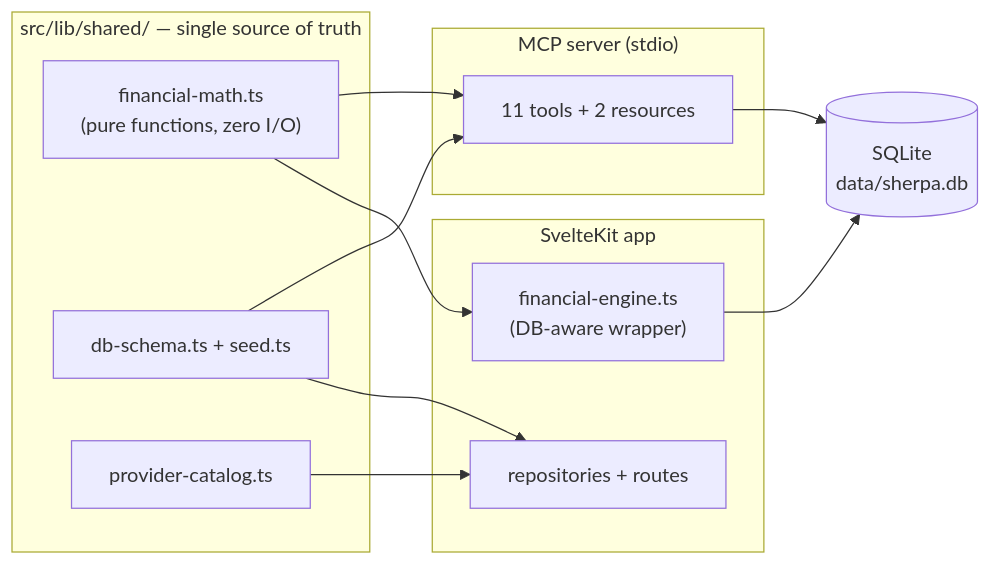
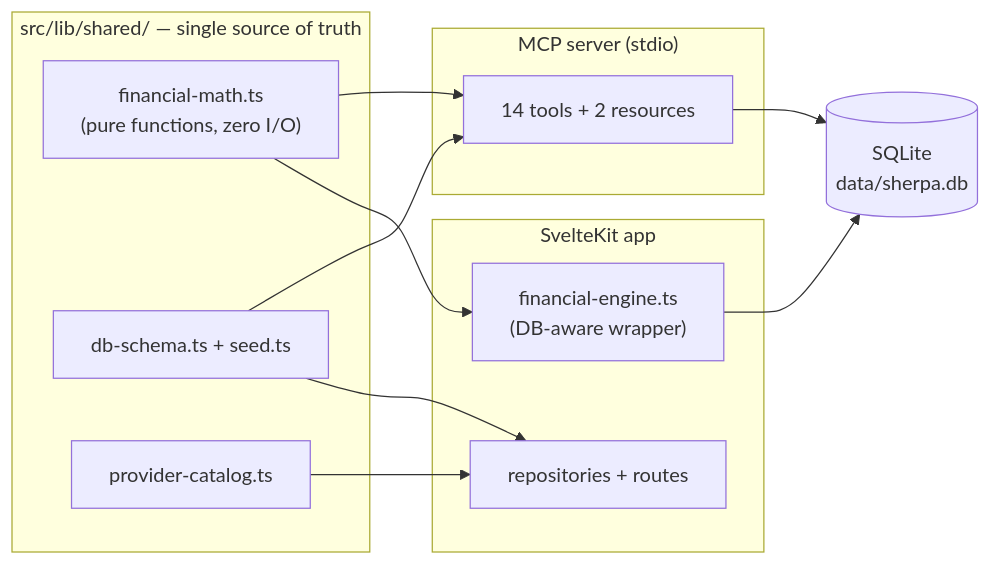
The diagram in README.md (piotrlangowski/Sherpa), drawn with Mermaid before and after one commit. The commit also changed other lines of this file and 25 other files, not shown here.

````diff
--- a/README.md
+++ b/README.md
@@ -171,27 +187,27 @@
 ```mermaid
 graph LR
     subgraph shared ["src/lib/shared/ — single source of truth"]
         FM["financial-math.ts<br/>(pure functions, zero I/O)"]
         SCH["db-schema.ts + seed.ts"]
         CAT["provider-catalog.ts"]
     end
 
     subgraph app ["SvelteKit app"]
         ENGINE["financial-engine.ts<br/>(DB-aware wrapper)"]
         REPOS["repositories + routes"]
     end
 
     subgraph mcp ["MCP server (stdio)"]
-        TOOLS["11 tools + 2 resources"]
+        TOOLS["14 tools + 2 resources"]
     end
 
     DB[("SQLite<br/>data/sherpa.db")]
 
     FM --> ENGINE
     FM --> TOOLS
     SCH --> REPOS
     SCH --> TOOLS
     CAT --> REPOS
     ENGINE --> DB
     TOOLS --> DB
 ```
````
